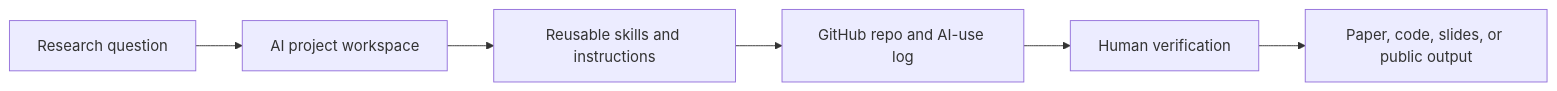
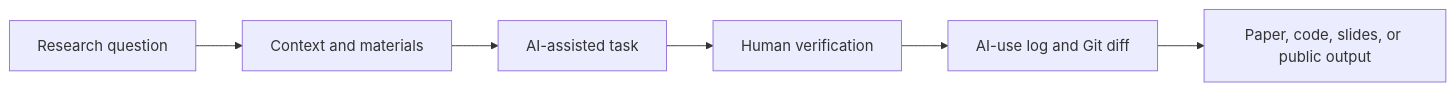
One commit to SuperJayLiu/AI-for-Economics-and-Finance-Research changed the first of 2 diagrams in 01-Start-Here-to-Learn-AI-for-Econ-Finance-Research/README.md. Above: the diagram before and after it, drawn with Mermaid. The commit also changed other lines of this file and 137 other files, not shown here.

Commit message:
Flatten repo into handbook and usable skills

````diff
--- a/01-Start-Here-to-Learn-AI-for-Econ-Finance-Research/README.md
+++ b/01-Start-Here-to-Learn-AI-for-Econ-Finance-Research/README.md
@@ -82,8 +50,8 @@
 ```mermaid
 flowchart LR
-  A["Research question"] --> B["AI project workspace"]
-  B --> C["Reusable skills and instructions"]
-  C --> D["GitHub repo and AI-use log"]
-  D --> E["Human verification"]
-  E --> F["Paper, code, slides, or public output"]
+  Q["Research question"] --> C["Context and materials"]
+  C --> A["AI-assisted task"]
+  A --> V["Human verification"]
+  V --> L["AI-use log and Git diff"]
+  L --> O["Paper, code, slides, or public output"]
 ```
````
